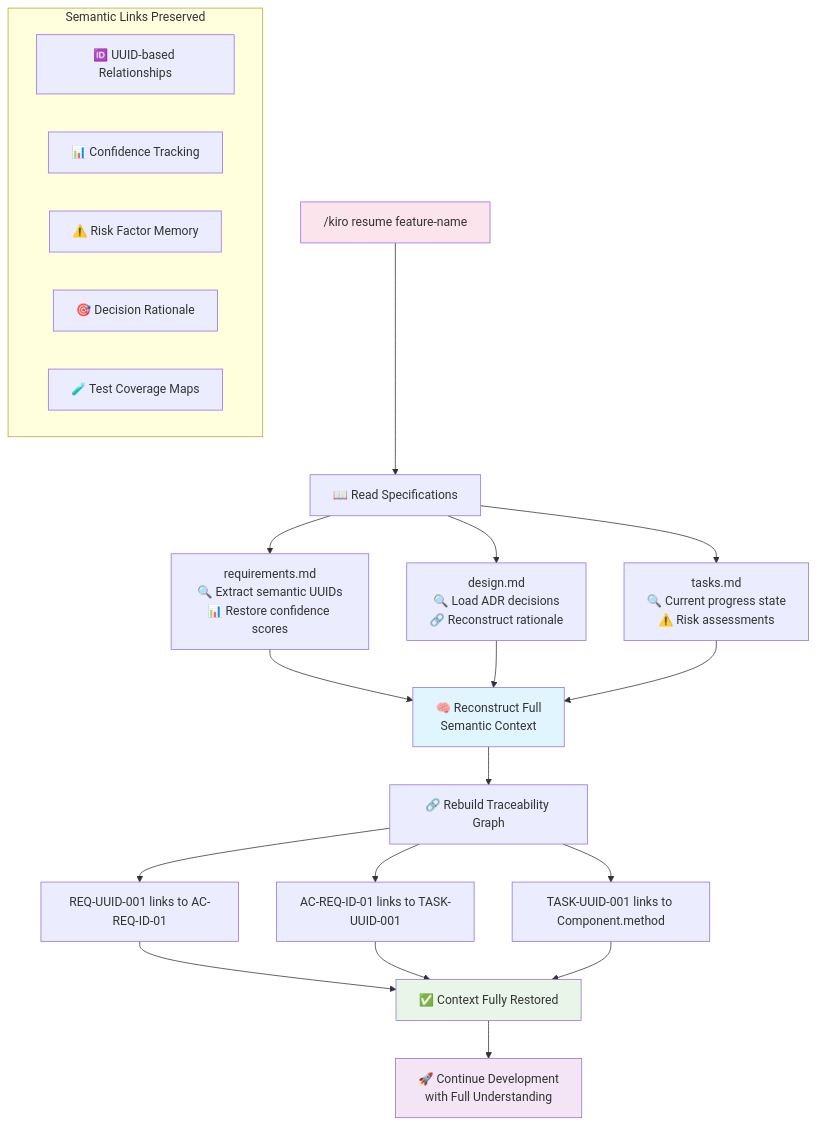
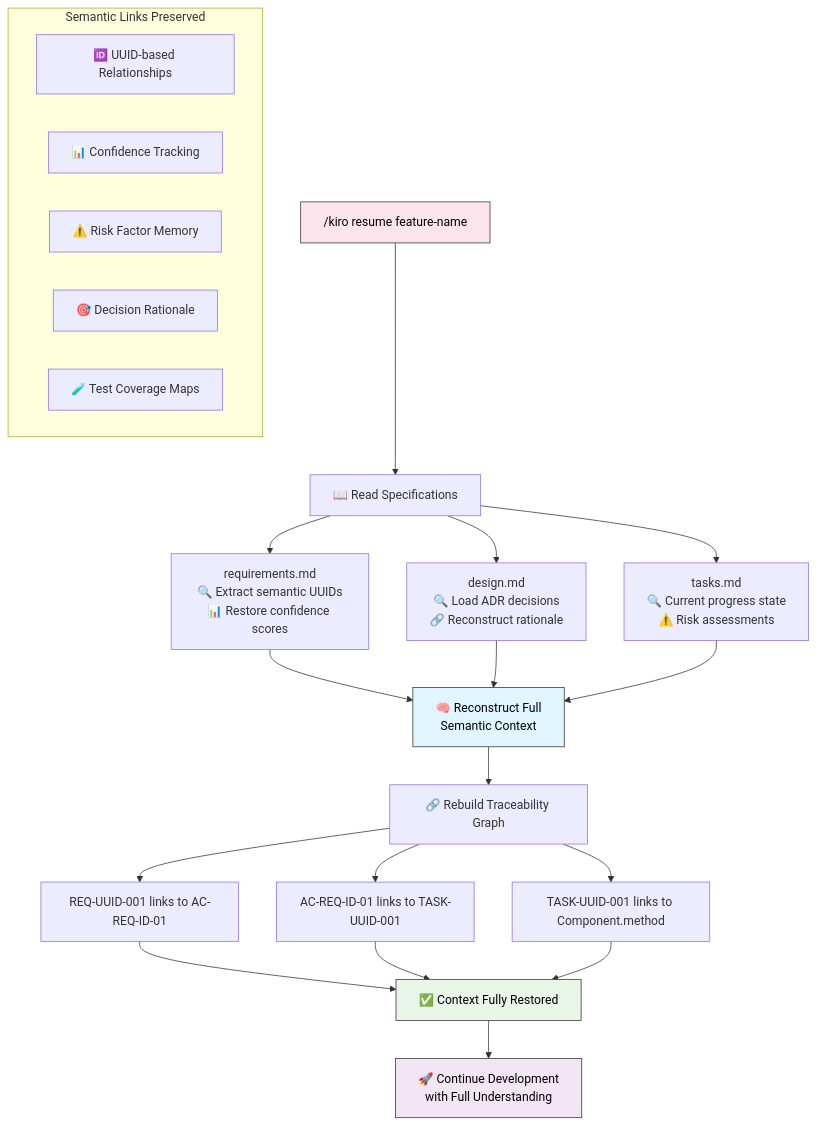
The fourth of 4 diagrams in README.md (bizzkoot/kiro_style_claude_code), drawn with Mermaid before and after one commit. The commit also changed other lines of this file, not shown here.

Commit message:
Update README.md [mermaid diagram - clearer contrast between box colour & text colour]

````diff
--- a/README.md
+++ b/README.md
@@ -164,34 +164,34 @@
 ```mermaid
 graph TD
     A["/kiro resume feature-name"] --> B["📖 Read Specifications"]
     B --> C["requirements.md<br/>🔍 Extract semantic UUIDs<br/>📊 Restore confidence scores"]
     B --> D["design.md<br/>🔍 Load ADR decisions<br/>🔗 Reconstruct rationale"]
     B --> E["tasks.md<br/>🔍 Current progress state<br/>⚠️ Risk assessments"]
     
     C --> F["🧠 Reconstruct Full<br/>Semantic Context"]
     D --> F
     E --> F
     
     F --> G["🔗 Rebuild Traceability Graph"]
     G --> H["REQ-UUID-001 links to AC-REQ-ID-01"]
     G --> I["AC-REQ-ID-01 links to TASK-UUID-001"]
     G --> J["TASK-UUID-001 links to Component.method"]
     
     H --> K["✅ Context Fully Restored"]
     I --> K
     J --> K
     K --> L["🚀 Continue Development<br/>with Full Understanding"]
     
     subgraph Links ["Semantic Links Preserved"]
         M["🆔 UUID-based Relationships"]
         N["📊 Confidence Tracking"]
         O["⚠️ Risk Factor Memory"]
         P["🎯 Decision Rationale"]
         Q["🧪 Test Coverage Maps"]
     end
     
-    style A fill:#fce4ec
-    style F fill:#e1f5fe
-    style K fill:#e8f5e8
-    style L fill:#f3e5f5
+    style A fill:#fce4ec,stroke:#333,stroke-width:1px,color:#000
+    style F fill:#e1f5fe,stroke:#333,stroke-width:1px,color:#000
+    style K fill:#e8f5e8,stroke:#333,stroke-width:1px,color:#000
+    style L fill:#f3e5f5,stroke:#333,stroke-width:1px,color:#000
 ```
````
